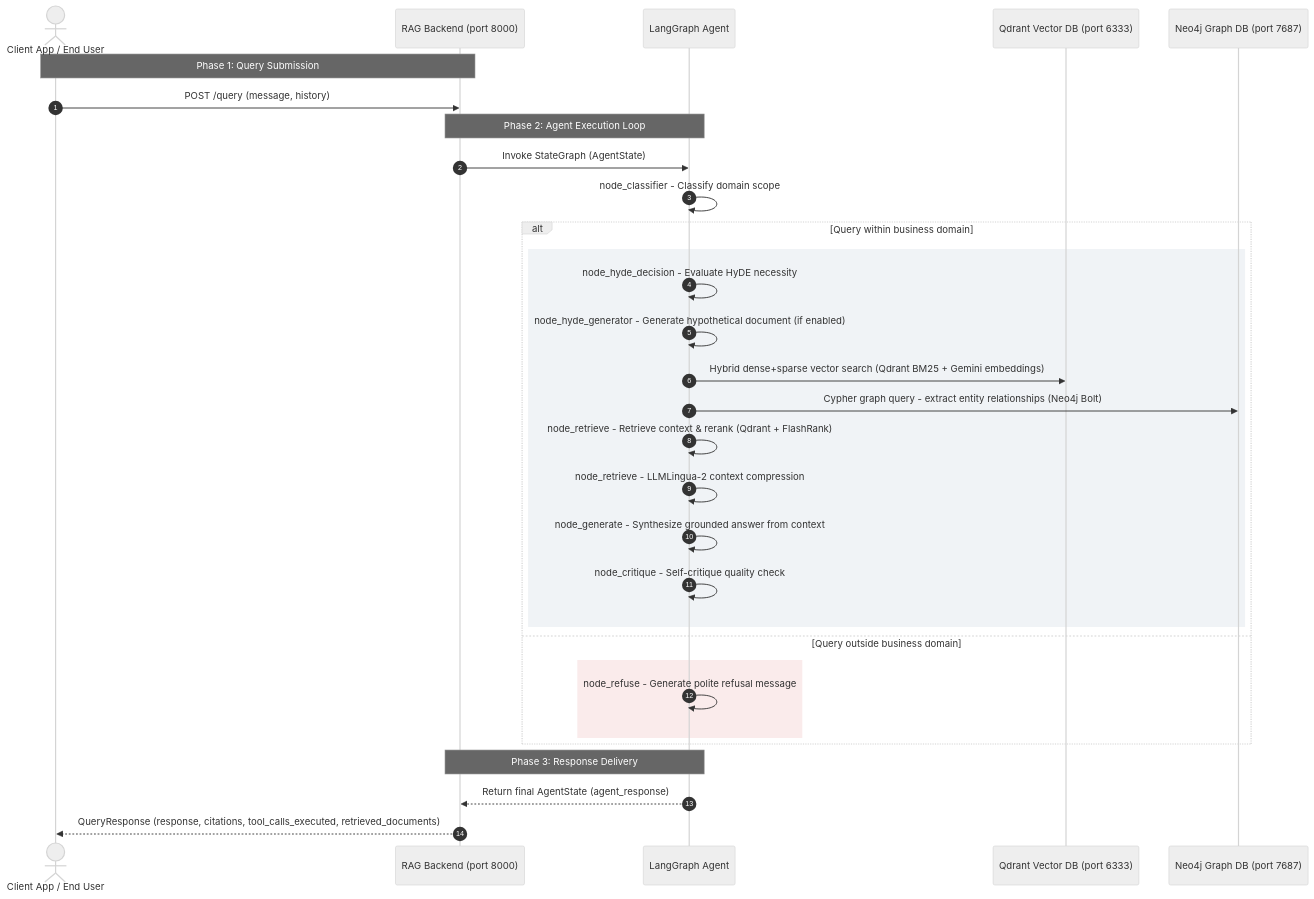
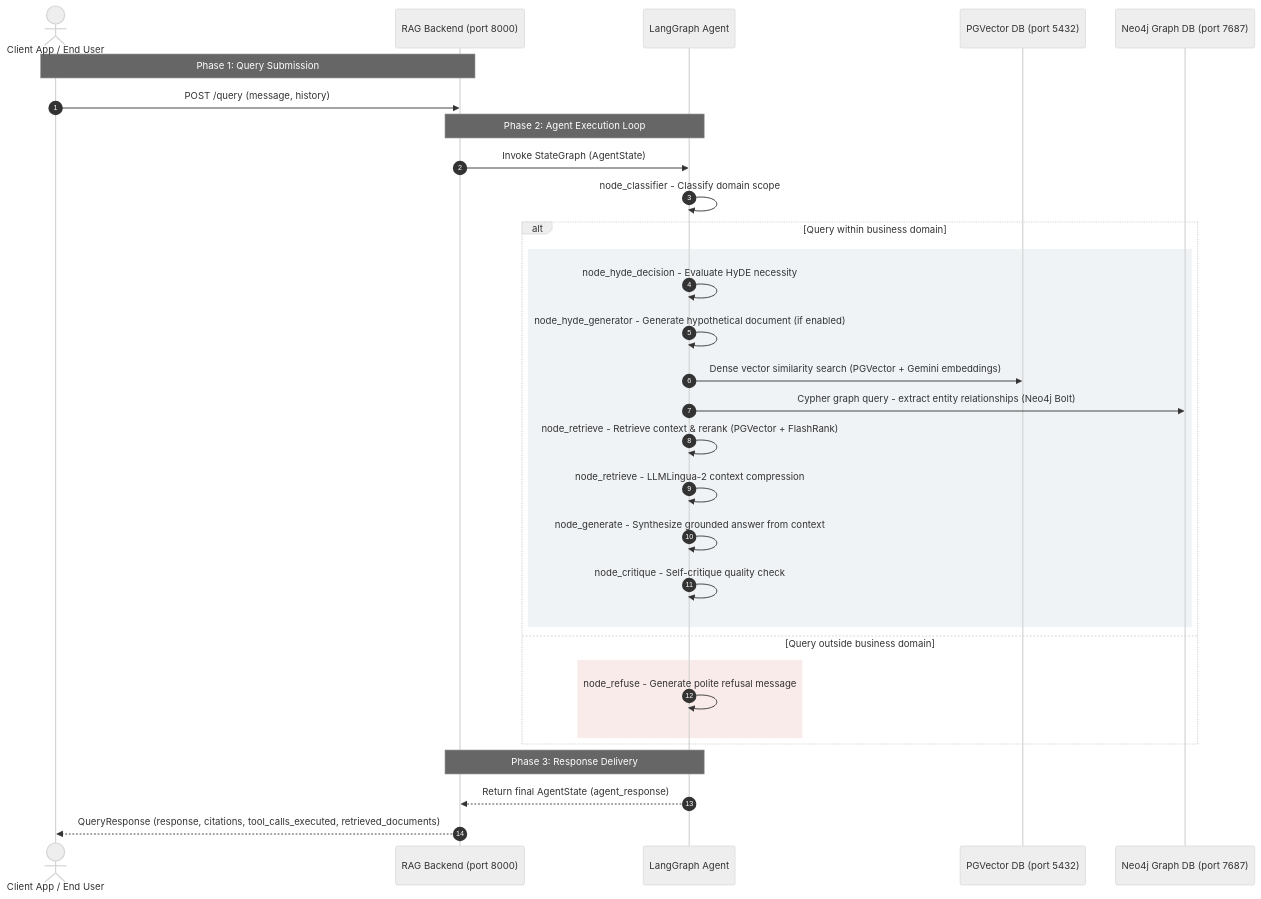
The second of 4 diagrams in README.md (boycececil666gmailcom/documentation-chatbot), drawn with Mermaid before and after one commit. The commit also changed other lines of this file and 20 other files, not shown here.

````diff
--- a/README.md
+++ b/README.md
@@ -58,41 +58,41 @@
 ```mermaid
 ---
 config:
   theme: neutral
 ---
 sequenceDiagram
     autonumber
     actor Client as Client App / End User
     participant BE as RAG Backend (port 8000)
     participant AG as LangGraph Agent
-    participant VDB as Qdrant Vector DB (port 6333)
+    participant VDB as PGVector DB (port 5432)
     participant GDB as Neo4j Graph DB (port 7687)
 
     Note over Client, BE: Phase 1: Query Submission
     Client->>BE: POST /query (message, history)
 
     Note over BE, AG: Phase 2: Agent Execution Loop
     BE->>AG: Invoke StateGraph (AgentState)
     AG->>AG: node_classifier - Classify domain scope
 
     alt Query within business domain
         rect rgb(240, 243, 246)
             AG->>AG: node_hyde_decision - Evaluate HyDE necessity
             AG->>AG: node_hyde_generator - Generate hypothetical document (if enabled)
-            AG->>VDB: Hybrid dense+sparse vector search (Qdrant BM25 + Gemini embeddings)
+            AG->>VDB: Dense vector similarity search (PGVector + Gemini embeddings)
             AG->>GDB: Cypher graph query - extract entity relationships (Neo4j Bolt)
-            AG->>AG: node_retrieve - Retrieve context & rerank (Qdrant + FlashRank)
+            AG->>AG: node_retrieve - Retrieve context & rerank (PGVector + FlashRank)
             AG->>AG: node_retrieve - LLMLingua-2 context compression
             AG->>AG: node_generate - Synthesize grounded answer from context
             AG->>AG: node_critique - Self-critique quality check
         end
     else Query outside business domain
         rect rgb(250, 235, 235)
             AG->>AG: node_refuse - Generate polite refusal message
         end
     end
 
     Note over AG, BE: Phase 3: Response Delivery
     AG-->>BE: Return final AgentState (agent_response)
     BE-->>Client: QueryResponse (response, citations, tool_calls_executed, retrieved_documents)
 ```
````
